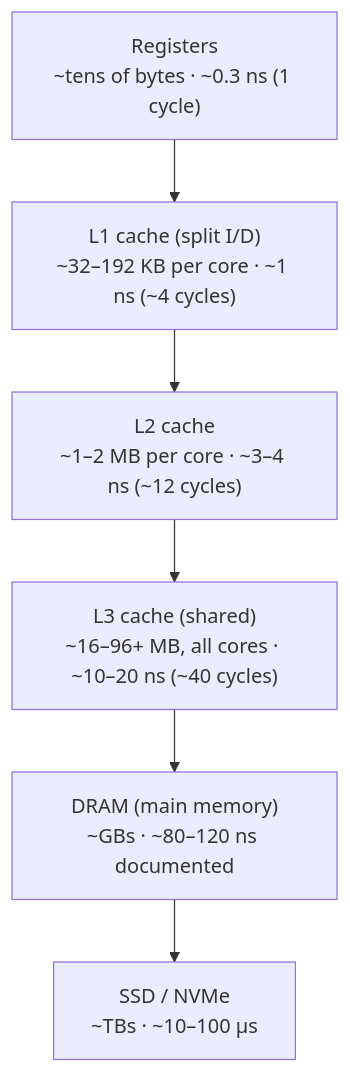
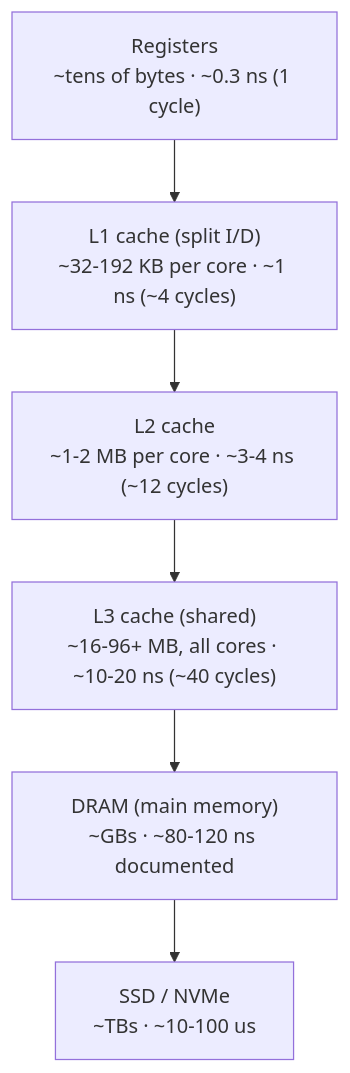
Before and after one commit to PriyanshuMidha/System_Design_notes: the first of 5 diagrams in 01 CS Fundamentals/Memory Hierarchy and CPU Caches.md, drawn with Mermaid. The commit also changed other lines of this file and 215 other files, not shown here.

````diff
--- a/01 CS Fundamentals/Memory Hierarchy and CPU Caches.md
+++ b/01 CS Fundamentals/Memory Hierarchy and CPU Caches.md
@@ -40,11 +52,11 @@
 ```mermaid
 flowchart TD
     REG["Registers\n~tens of bytes · ~0.3 ns (1 cycle)"]
-    L1["L1 cache (split I/D)\n~32–192 KB per core · ~1 ns (~4 cycles)"]
-    L2["L2 cache\n~1–2 MB per core · ~3–4 ns (~12 cycles)"]
-    L3["L3 cache (shared)\n~16–96+ MB, all cores · ~10–20 ns (~40 cycles)"]
-    DRAM["DRAM (main memory)\n~GBs · ~80–120 ns documented"]
-    DISK["SSD / NVMe\n~TBs · ~10–100 µs"]
+    L1["L1 cache (split I/D)\n~32-192 KB per core · ~1 ns (~4 cycles)"]
+    L2["L2 cache\n~1-2 MB per core · ~3-4 ns (~12 cycles)"]
+    L3["L3 cache (shared)\n~16-96+ MB, all cores · ~10-20 ns (~40 cycles)"]
+    DRAM["DRAM (main memory)\n~GBs · ~80-120 ns documented"]
+    DISK["SSD / NVMe\n~TBs · ~10-100 us"]
 
     REG --> L1 --> L2 --> L3 --> DRAM --> DISK
 ```
````
